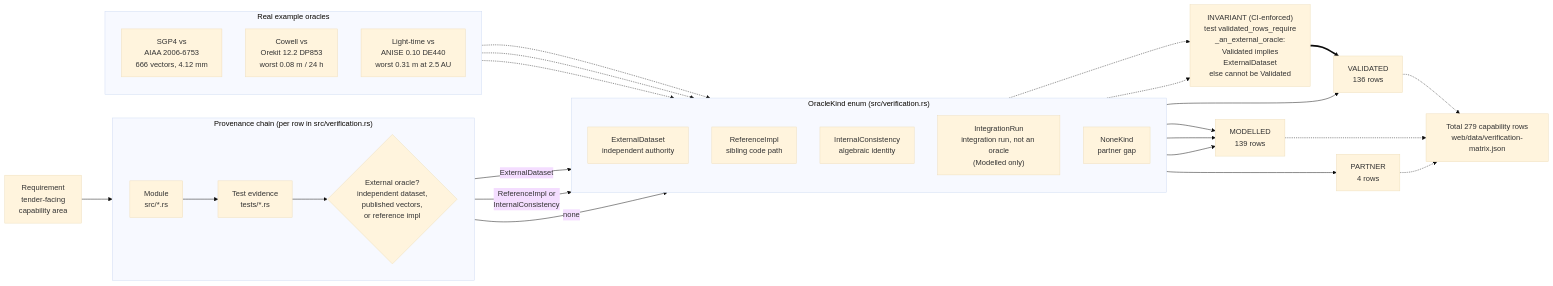
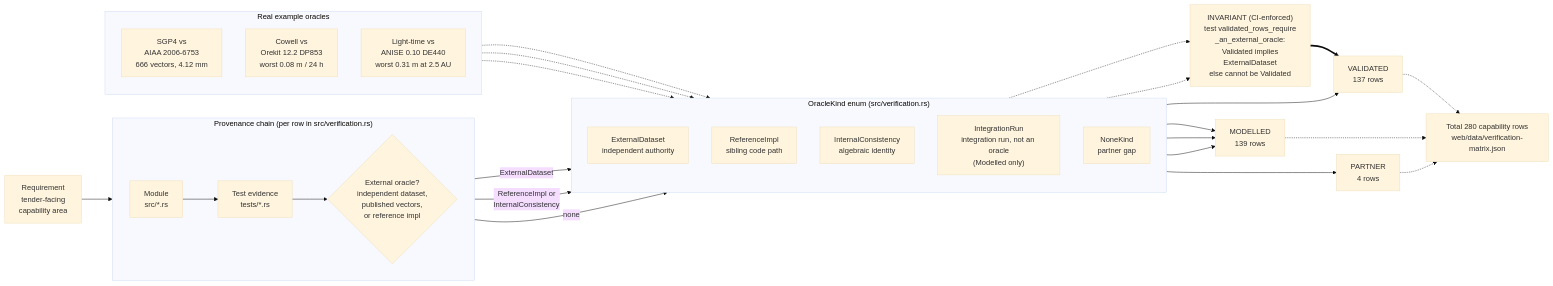
The diagram in docs/diagrams/validation-provenance.mmd (ashfordeOU/kshana), drawn with Mermaid (base theme) before and after one commit. The commit also changed 19 other files, not shown here.

Commit message:
rtk_real: registered result (K1-K3, D hold: median 4.5 mm, p95 5.5 mm, 100 % fixed); VALIDATED row; RM-31 harness noted; clippy (allow needless_range_loop on dense matrix code, literal grouping); regenerate ledger, README counts, figures, provenance diagram (280: 137 V / 139 M / 4 P)

```diff
--- a/docs/diagrams/validation-provenance.mmd
+++ b/docs/diagrams/validation-provenance.mmd
@@ -1,51 +1,51 @@
 flowchart LR
     REQ["Requirement<br/>tender-facing<br/>capability area"]
 
     subgraph CHAIN["Provenance chain (per row in src/verification.rs)"]
         direction LR
         MOD["Module<br/>src/*.rs"]
         TST["Test evidence<br/>tests/*.rs"]
         ORA{"External oracle?<br/>independent dataset,<br/>published vectors,<br/>or reference impl"}
     end
 
     REQ --> MOD --> TST --> ORA
 
     subgraph KINDS["OracleKind enum (src/verification.rs)"]
         direction TD
         EXT["ExternalDataset<br/>independent authority"]
         REF["ReferenceImpl<br/>sibling code path"]
         INT["InternalConsistency<br/>algebraic identity"]
         IRN["IntegrationRun<br/>integration run, not an oracle<br/>(Modelled only)"]
         NON["NoneKind<br/>partner gap"]
     end
 
     ORA -->|ExternalDataset| EXT
     ORA -->|"ReferenceImpl or<br/>InternalConsistency"| INT
     ORA -->|none| NON
 
     GUARD["INVARIANT (CI-enforced)<br/>test validated_rows_require<br/>_an_external_oracle:<br/>Validated implies<br/>ExternalDataset<br/>else cannot be Validated"]
     EXT -.-> GUARD
     INT -.-> GUARD
 
-    EXT --> VAL["VALIDATED<br/>136 rows"]
+    EXT --> VAL["VALIDATED<br/>137 rows"]
     REF --> MDL["MODELLED<br/>139 rows"]
     INT --> MDL
     IRN --> MDL
     NON --> PRT["PARTNER<br/>4 rows"]
     GUARD ==> VAL
 
     subgraph EX["Real example oracles"]
         direction TD
         E1["SGP4 vs<br/>AIAA 2006-6753<br/>666 vectors, 4.12 mm"]
         E2["Cowell vs<br/>Orekit 12.2 DP853<br/>worst 0.08 m / 24 h"]
         E3["Light-time vs<br/>ANISE 0.10 DE440<br/>worst 0.31 m at 2.5 AU"]
     end
 
     E1 -.-> EXT
     E2 -.-> EXT
     E3 -.-> EXT
 
-    TOTAL["Total 279 capability rows<br/>web/data/verification-matrix.json"]
+    TOTAL["Total 280 capability rows<br/>web/data/verification-matrix.json"]
     VAL -.-> TOTAL
     MDL -.-> TOTAL
     PRT -.-> TOTAL
```
